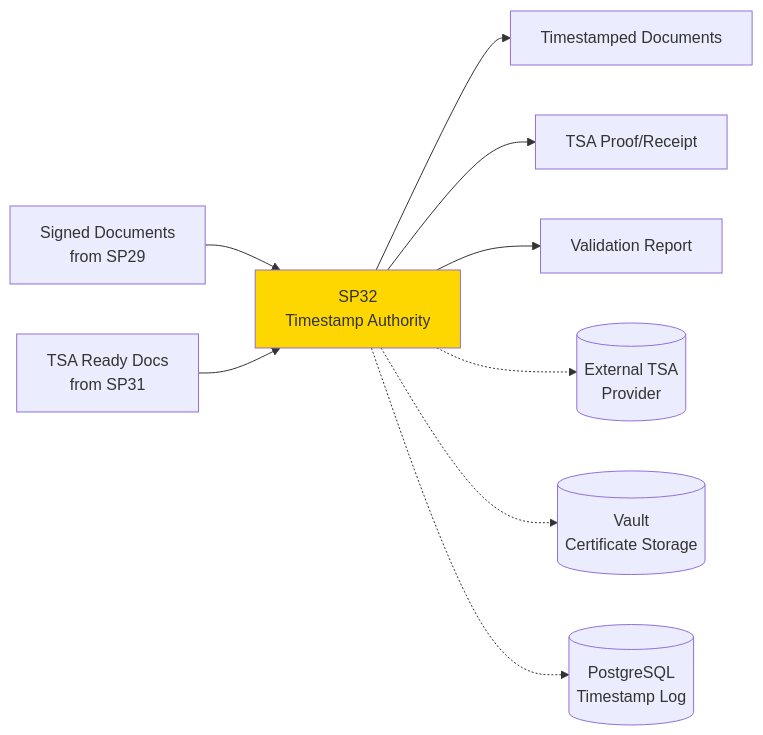
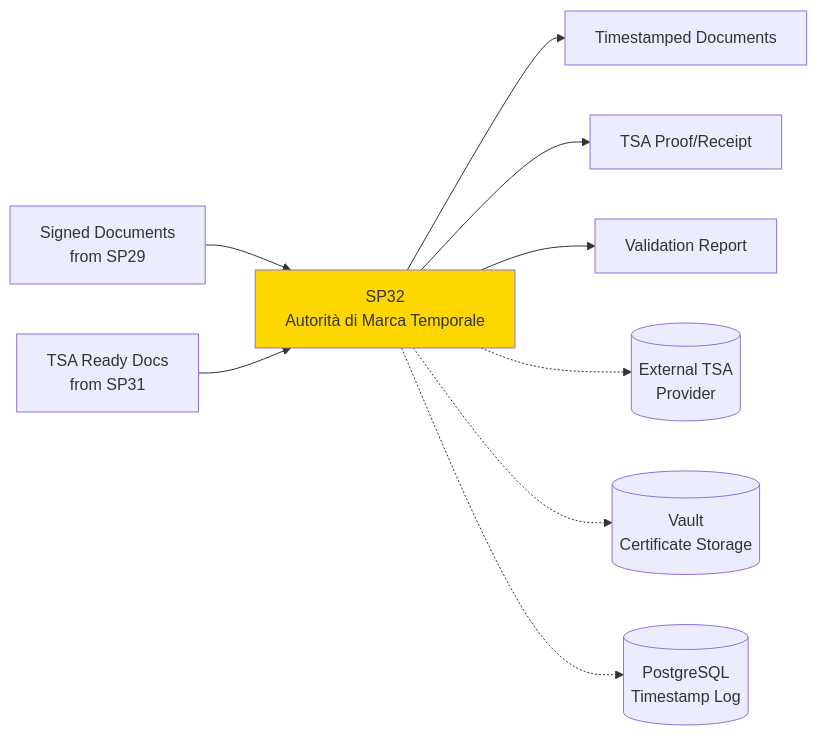
The first of 2 diagrams in docs/use_cases/UC6 - Firma Digitale Integrata/01 SP32 - Autorità Timestamp e Marcatura Temporale.md (gianlucaciarcelluti/Interzen.ZenIA), drawn with Mermaid before and after one commit. The commit also changed other lines of this file and 73 other files, not shown here.

````diff
--- a/docs/use_cases/UC6 - Firma Digitale Integrata/01 SP32 - Autorità Timestamp e Marcatura Temporale.md
+++ b/docs/use_cases/UC6 - Firma Digitale Integrata/01 SP32 - Autorità Timestamp e Marcatura Temporale.md
@@ -19,15 +19,15 @@
 ```mermaid
 graph LR
-    SIGNED_DOC[Signed Documents<br/>from SP29] --> SP32[SP32<br/>Timestamp Authority]
+    SIGNED_DOC[Signed Documents<br/>from SP29] --> SP32[SP32<br/>Autorità di Marca Temporale]
     TSA_READY[TSA Ready Docs<br/>from SP31] --> SP32
 
     SP32 --> MARKED[Timestamped Documents]
     SP32 --> PROOF[TSA Proof/Receipt]
     SP32 --> VALIDATION[Validation Report]
 
     SP32 -.-> TSA_PROVIDER[(External TSA<br/>Provider)]
     SP32 -.-> VAULT[(Vault<br/>Certificate Storage)]
     SP32 -.-> POSTGRES[(PostgreSQL<br/>Timestamp Log)]
 
     style SP32 fill:#ffd700
 ```
````
